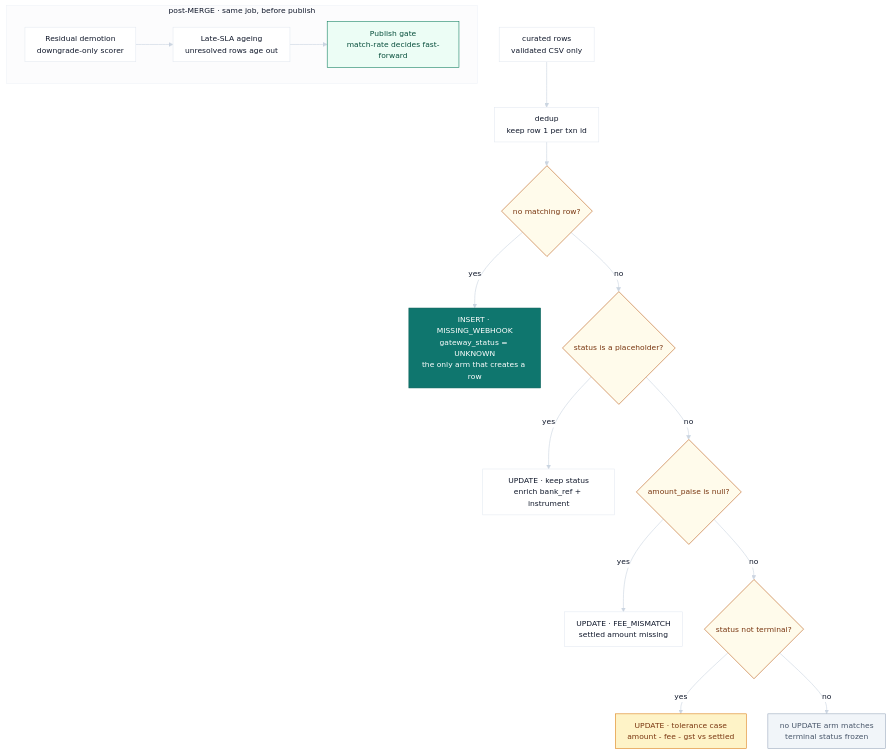
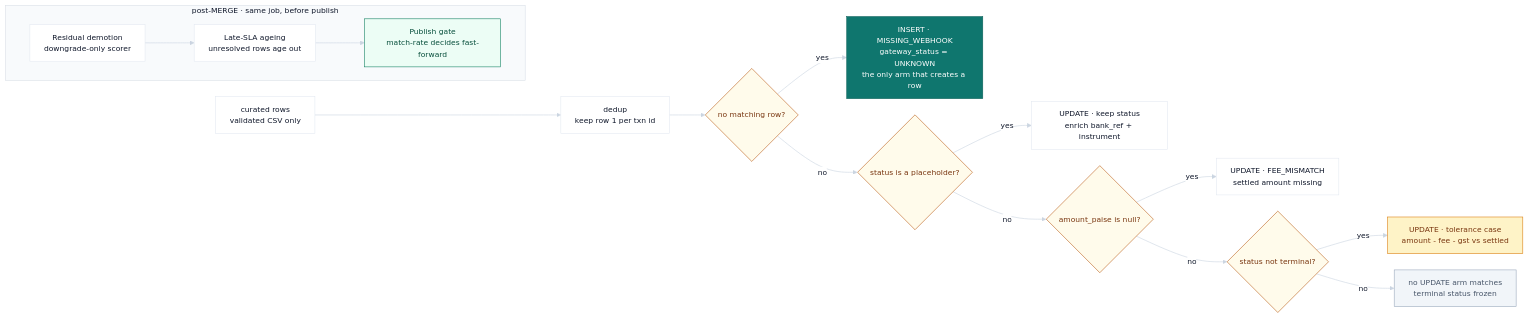
The second of 2 diagrams in docs/ARCHITECTURE.md (DhanushPillay/tx-recon), drawn with Mermaid before and after one commit. The commit also changed other lines of this file and 1 other file, not shown here.

````diff
--- a/docs/ARCHITECTURE.md
+++ b/docs/ARCHITECTURE.md
@@ -48,28 +47,28 @@
 ```mermaid
-%%{init: {"theme": "base", "themeVariables": {"fontFamily": "Inter, Segoe UI, system-ui, sans-serif", "fontSize": "14px", "primaryColor": "#FFFFFF", "primaryTextColor": "#0F172A", "primaryBorderColor": "#E2E8F0", "lineColor": "#CBD5E1", "secondaryColor": "#F8FAFC", "tertiaryColor": "#F1F5F9", "clusterBkg": "#FCFCFD", "clusterBorder": "#EEF2F7", "edgeLabelBackground": "#FFFFFF", "mainBkg": "#FFFFFF", "titleColor": "#0F172A"}, "flowchart": {"curve": "basis", "nodeSpacing": 40, "rankSpacing": 44, "padding": 11, "useMaxWidth": true}}}%%
-flowchart TD
+%%{init: {"theme": "base", "look": "classic", "layout": "dagre", "themeVariables": {"fontSize": "14px", "primaryColor": "#FFFFFF", "primaryTextColor": "#0F172A", "primaryBorderColor": "#E2E8F0", "lineColor": "#CBD5E1", "secondaryColor": "#F8FAFC", "tertiaryColor": "#F1F5F9", "clusterBkg": "#FCFCFD", "clusterBorder": "#EEF2F7", "edgeLabelBackground": "#FFFFFF", "mainBkg": "#FFFFFF", "titleColor": "#0F172A", "useGradient": false}, "flowchart": {"curve": "basis", "nodeSpacing": 30, "rankSpacing": 66, "padding": 13, "useMaxWidth": true}}}%%
+flowchart LR
   IN["curated rows<br/>validated CSV only"] --> DD["dedup<br/>keep row 1 per txn id"]
 
   DD --> C1{"no matching row?"}:::gate
   C1 -->|"yes"| ARM1["INSERT · MISSING_WEBHOOK<br/>gateway_status = UNKNOWN<br/>the only arm that creates a row"]:::insert
   C1 -->|"no"| C2{"status is a placeholder?"}:::gate
   C2 -->|"yes"| ARM2["UPDATE · keep status<br/>enrich bank_ref + instrument"]
   C2 -->|"no"| C3{"amount_paise is null?"}:::gate
   C3 -->|"yes"| ARM3["UPDATE · FEE_MISMATCH<br/>settled amount missing"]
   C3 -->|"no"| C4{"status not terminal?"}:::gate
   C4 -->|"yes"| ARM4["UPDATE · tolerance case<br/>amount - fee - gst vs settled"]:::warn
   C4 -->|"no"| FROZEN["no UPDATE arm matches<br/>terminal status frozen"]:::frozen
 
   subgraph POST["post-MERGE · same job, before publish"]
     direction LR
     PM1["Residual demotion<br/>downgrade-only scorer"] --> PM2["Late-SLA ageing<br/>unresolved rows age out"] --> PM3["Publish gate<br/>match-rate decides fast-forward"]:::publish
   end
 
   classDef gate fill:#FFFBEB,stroke:#B45309,color:#78350F,stroke-width:1px;
   classDef insert fill:#0F766E,stroke:#0B5F58,color:#FFFFFF,stroke-width:1px;
   classDef warn fill:#FEF3C7,stroke:#D97706,color:#78350F,stroke-width:1px;
   classDef frozen fill:#F1F5F9,stroke:#94A3B8,color:#475569,stroke-width:1px;
   classDef publish fill:#ECFDF5,stroke:#047857,color:#064E3B,stroke-width:1px;
-  style POST fill:#FCFCFD,stroke:#EEF2F7,stroke-width:1px;
+  style POST fill:#F8FAFC,stroke:#D8DEE6,stroke-width:1px;
   linkStyle default stroke:#CBD5E1,stroke-width:1.1px;
 ```
````
